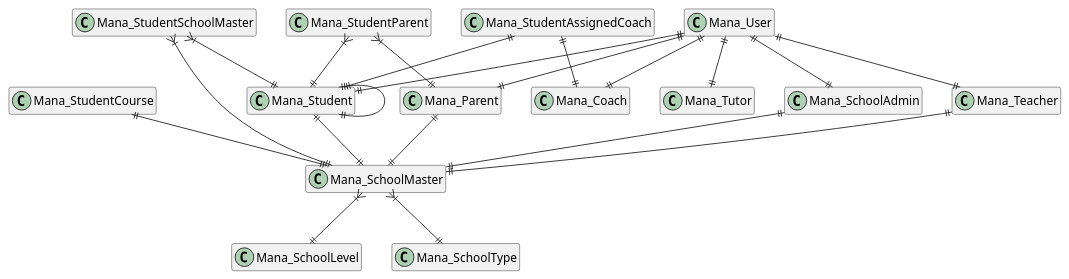
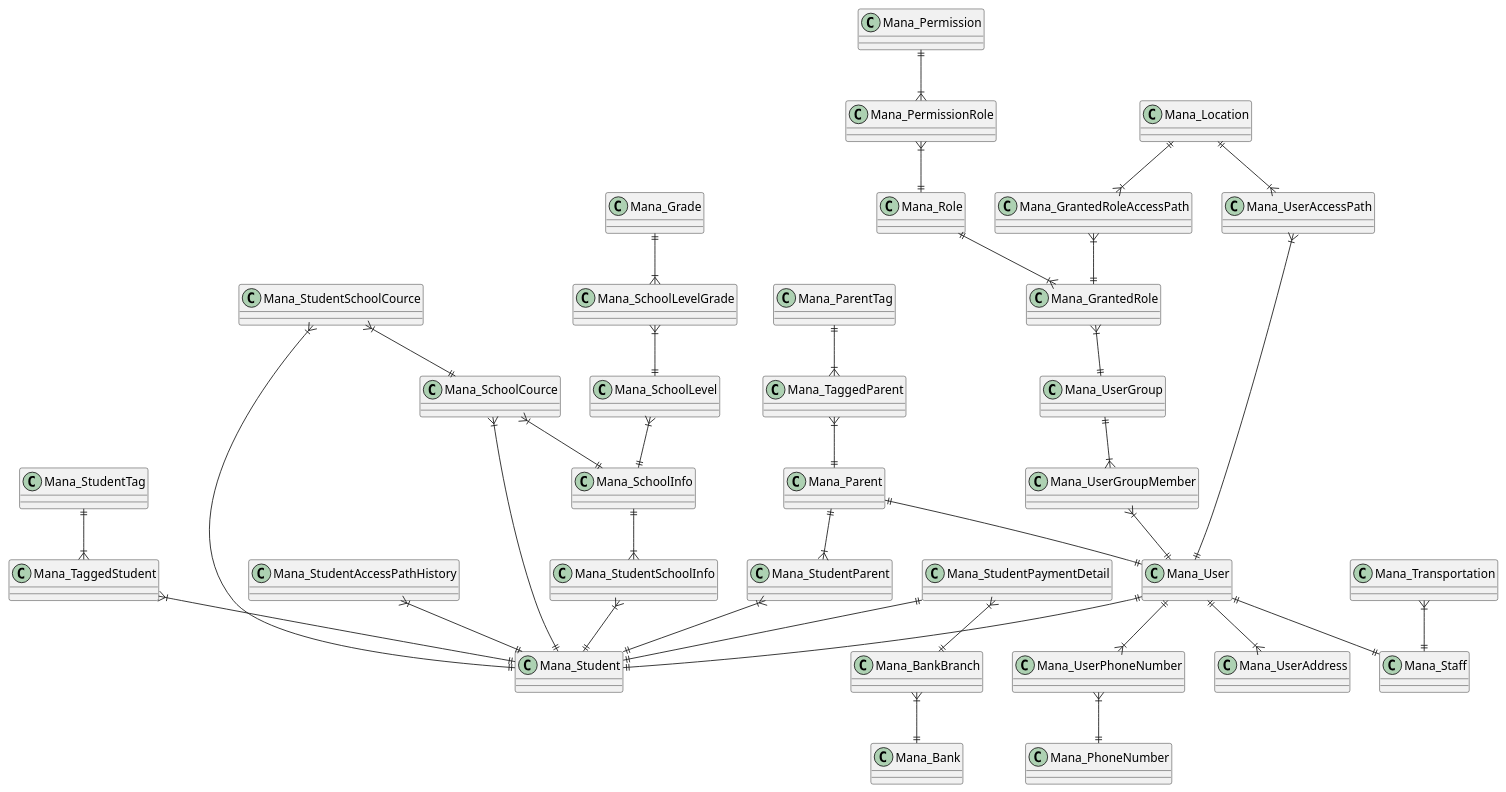
Before and after one commit to popoposorara/ERP_ER: the diagram in Mana/UserManagement_relation.pu, drawn with PlantUML. The commit also changed 2 other files, not shown here.

```diff
--- a/Mana/UserManagement_relation.pu
+++ b/Mana/UserManagement_relation.pu
@@ -1,25 +1,52 @@
 @startuml
-hide empty members
 
-Mana_User ||--|| Mana_SchoolAdmin
+Mana_Grade ||--|{ Mana_SchoolLevelGrade
+Mana_StudentTag ||--|{ Mana_TaggedStudent
+Mana_Location ||--|{ Mana_GrantedRoleAccessPath
+Mana_Location ||--|{ Mana_UserAccessPath
+Mana_ParentTag ||--|{  Mana_TaggedParent
+
+Mana_SchoolLevelGrade }|--|| Mana_SchoolLevel
+Mana_SchoolLevel }|--|| Mana_SchoolInfo
+Mana_GrantedRoleAccessPath }|--|| Mana_GrantedRole
+Mana_StudentPaymentDetail }|--|| Mana_BankBranch
+Mana_StudentPaymentDetail  ||--|| Mana_Student
+Mana_BankBranch }|--|| Mana_Bank
+
+Mana_StudentSchoolCource }|--|| Mana_SchoolCource
+Mana_StudentSchoolCource }|--|| Mana_Student
+Mana_SchoolCource }|--|| Mana_SchoolInfo
+Mana_SchoolCource }|--|| Mana_Student
+
+Mana_SchoolInfo ||--|{ Mana_StudentSchoolInfo
+
+Mana_StudentSchoolInfo }|--|| Mana_Student
+Mana_TaggedStudent }|--|| Mana_Student
+
+Mana_TaggedParent  }|--|| Mana_Parent
+Mana_Parent ||--|{ Mana_StudentParent
+Mana_Parent ||--|| Mana_User
+Mana_StudentAccessPathHistory }|--|| Mana_Student
+
+Mana_UserAccessPath }|--|| Mana_User
+Mana_StudentParent }|--|| Mana_Student
+
+Mana_Permission ||--|{ Mana_PermissionRole
+Mana_PermissionRole }|--|| Mana_Role
+Mana_Role ||--|{ Mana_GrantedRole
+
+Mana_GrantedRole }|--|| Mana_UserGroup
+
+Mana_UserGroup ||--|{ Mana_UserGroupMember
+Mana_UserGroupMember }|--|| Mana_User
+
 Mana_User ||--|| Mana_Student
-Mana_User ||--|| Mana_Teacher
-Mana_User ||--|| Mana_Parent
-Mana_User ||--|| Mana_Tutor
-Mana_User ||--|| Mana_Coach
-Mana_StudentAssignedCoach ||--|| Mana_Coach
-Mana_StudentAssignedCoach ||--|| Mana_Student
-Mana_StudentParent }|--|| Mana_Student
-Mana_StudentParent }|--|| Mana_Parent
-Mana_StudentSchoolMaster }|--|| Mana_Student
-Mana_StudentSchoolMaster }|--|| Mana_SchoolMaster
-Mana_SchoolMaster }|--|| Mana_SchoolLevel
-Mana_SchoolMaster }|--|| Mana_SchoolType
-Mana_Teacher ||--|| Mana_SchoolMaster
-Mana_SchoolAdmin ||--|| Mana_SchoolMaster
-Mana_Parent ||--|| Mana_SchoolMaster
-Mana_StudentCourse ||--|| Mana_SchoolMaster
-Mana_Student ||--|| Mana_Student
-Mana_Student ||--|| Mana_SchoolMaster
+Mana_User ||--|{ Mana_UserAddress
+Mana_User ||--|{ Mana_UserPhoneNumber
+Mana_User ||--|| Mana_Staff
+
+Mana_UserPhoneNumber }|--|| Mana_PhoneNumber
+
+Mana_Transportation }|--|| Mana_Staff
 
 @enduml
```
